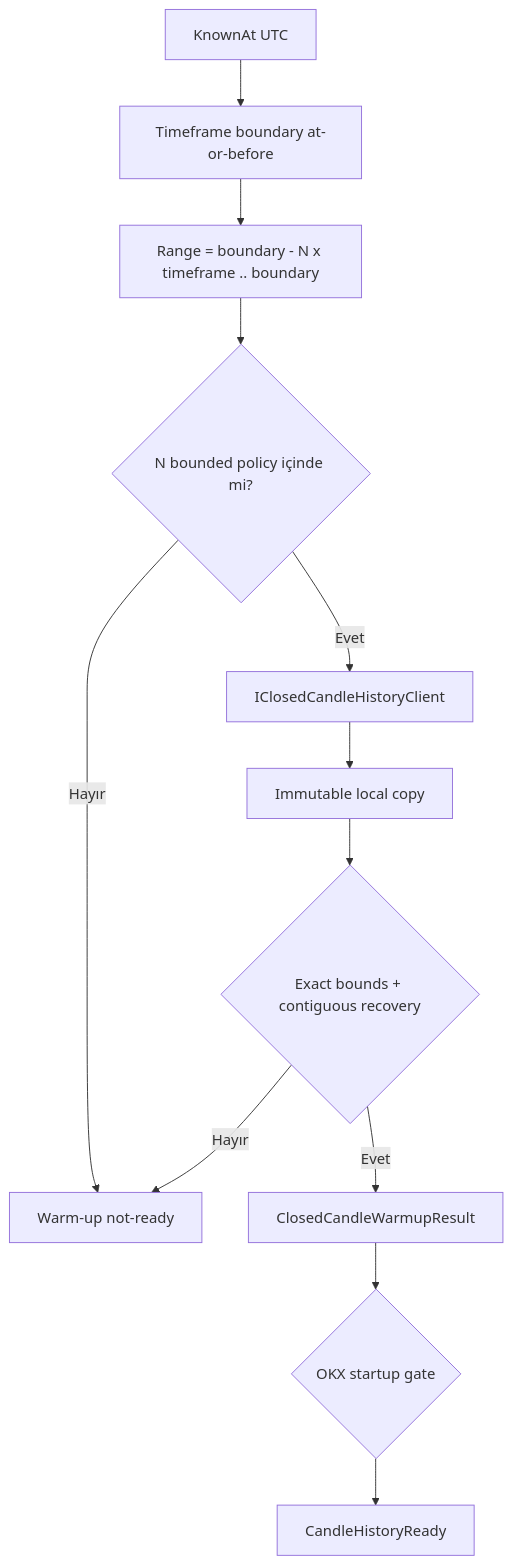
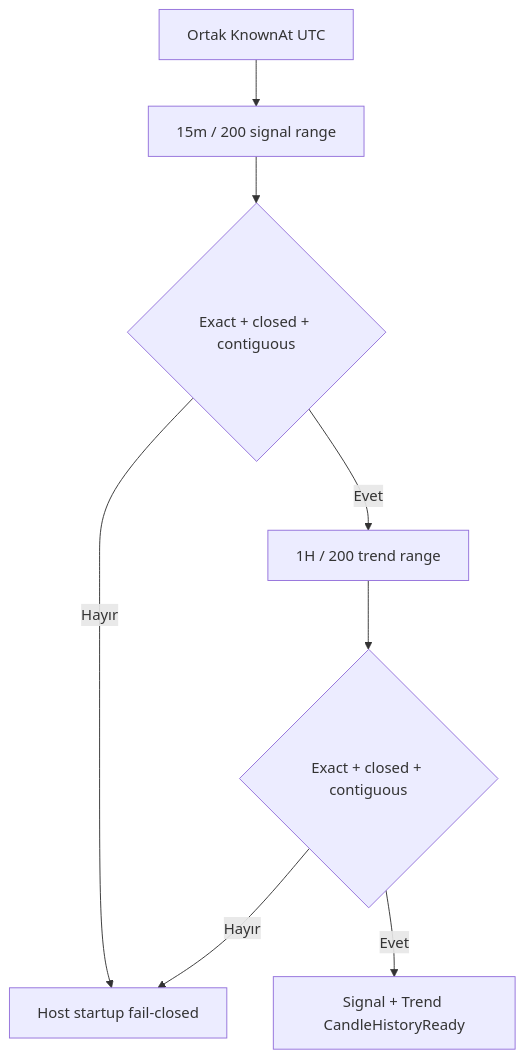
One commit to ozgenakincilar/TradingBot changed diagram 23 of 24 in docs/09-diyagramlar.md. Above: the diagram before and after it, drawn with Mermaid. The commit also changed other lines of this file and 12 other files, not shown here.

First line of the commit message:
Require dual-timeframe strategy warm-up readiness

````diff
--- a/docs/09-diyagramlar.md
+++ b/docs/09-diyagramlar.md
@@ -512,14 +514,10 @@
 ```mermaid
 flowchart TD
-    NOW[KnownAt UTC] --> FLOOR[Timeframe boundary at-or-before]
-    FLOOR --> RANGE[Range = boundary - N x timeframe .. boundary]
-    RANGE --> LIMIT{N bounded policy içinde mi?}
-    LIMIT -- Hayır --> REJECT[Warm-up not-ready]
-    LIMIT -- Evet --> HISTORY[IClosedCandleHistoryClient]
-    HISTORY --> COPY[Immutable local copy]
-    COPY --> GUARD{Exact bounds + contiguous recovery}
-    GUARD -- Hayır --> REJECT
-    GUARD -- Evet --> READY[ClosedCandleWarmupResult]
-    READY --> HOST{OKX startup gate}
-    HOST --> CANDLE_READY[CandleHistoryReady]
+    NOW[Ortak KnownAt UTC] --> SIGNAL[15m / 200 signal range]
+    SIGNAL --> SGUARD{Exact + closed + contiguous}
+    SGUARD -- Hayır --> REJECT[Host startup fail-closed]
+    SGUARD -- Evet --> TREND[1H / 200 trend range]
+    TREND --> TGUARD{Exact + closed + contiguous}
+    TGUARD -- Hayır --> REJECT
+    TGUARD -- Evet --> CANDLE_READY[Signal + Trend CandleHistoryReady]
 ```
````
